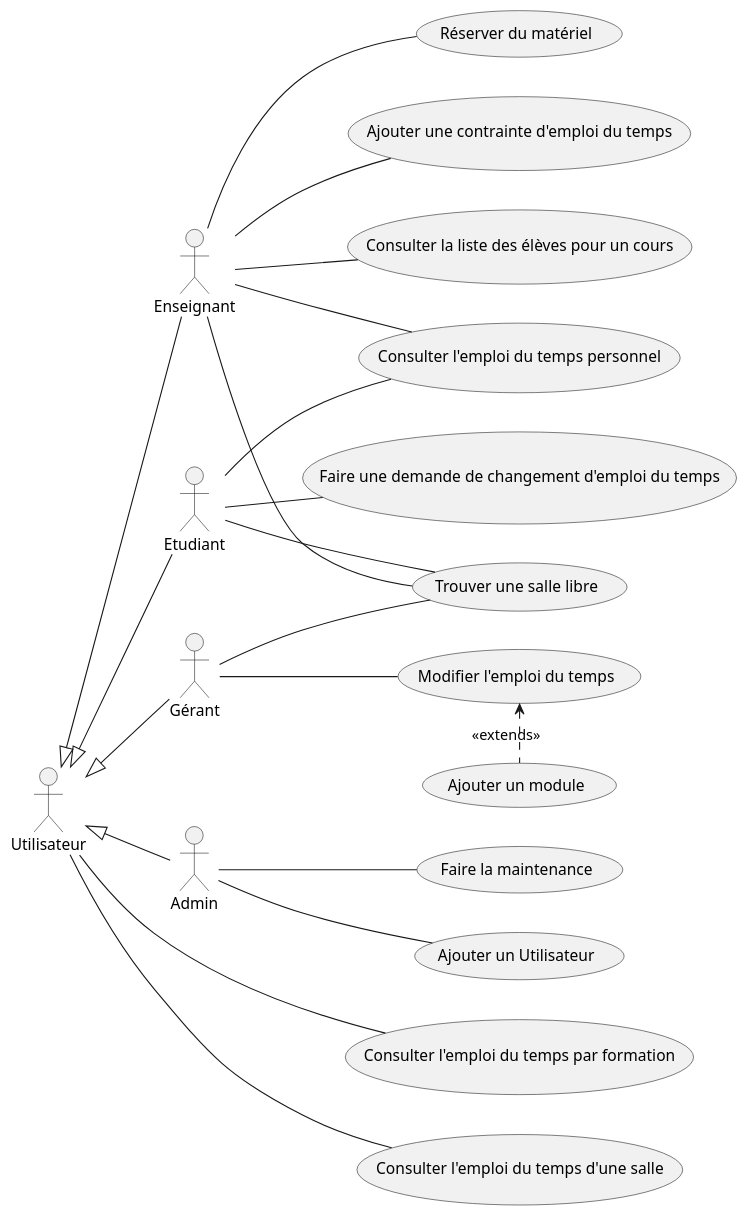
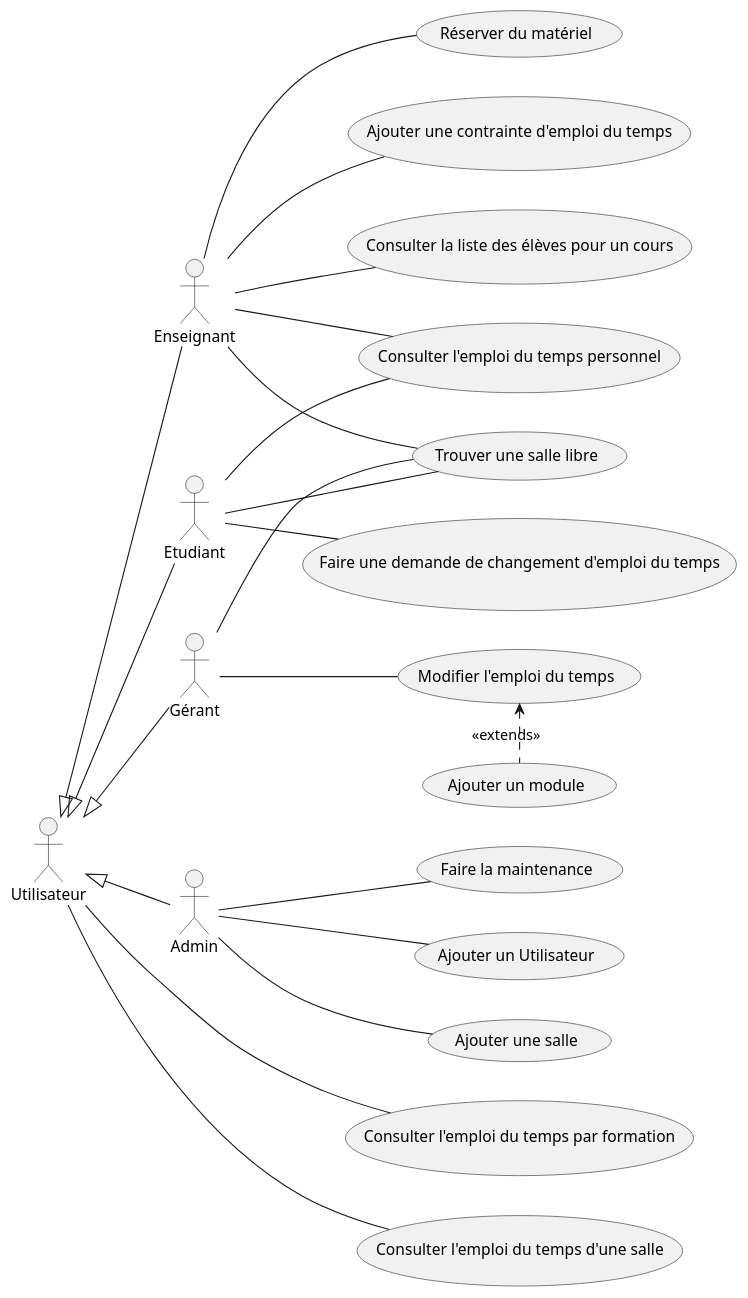
The diagram in UseCase.iuml (El-Sashok/UltraPlanning), drawn with PlantUML before and after one commit.

```diff
--- a/UseCase.iuml
+++ b/UseCase.iuml
@@ -1,26 +1,27 @@
 @startuml 
 
 Enseignant -up-|> Utilisateur
 Etudiant -up-|> Utilisateur
 Admin -up-|> Utilisateur
 Gérant -up-|> Utilisateur
 
 left to right direction
 
 Admin -- (Faire la maintenance)
 Gérant -- (Modifier l'emploi du temps)
 (Ajouter un module) .left.> (Modifier l'emploi du temps) : <<extends>>
 Etudiant -- (Consulter l'emploi du temps personnel)
 Enseignant -- (Consulter l'emploi du temps personnel)
 Utilisateur --- (Consulter l'emploi du temps par formation)
 Utilisateur --- (Consulter l'emploi du temps d'une salle)
 Enseignant -- (Réserver du matériel)
 Etudiant -- (Faire une demande de changement d'emploi du temps)
 Admin -- (Ajouter un Utilisateur)
 Enseignant -- (Ajouter une contrainte d'emploi du temps)
 Enseignant -- (Consulter la liste des élèves pour un cours)
 Etudiant -- (Trouver une salle libre)
 Enseignant -- (Trouver une salle libre)
 Gérant -- (Trouver une salle libre)
+Admin -- (Ajouter une salle)
 
 @enduml
```
